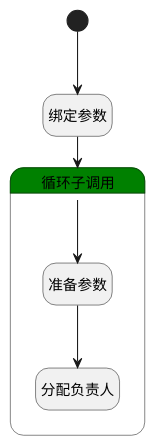
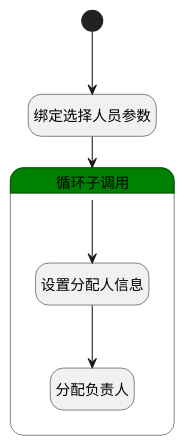
One commit to iBizLab/plm changed the diagram in doc/docsify/module/ProjMgmt/work_item/logic/change_assignee.md. Above: the diagram before and after it, drawn with PlantUML. The commit also changed other lines of this file and 1778 other files, not shown here.

````diff
--- a/doc/docsify/module/ProjMgmt/work_item/logic/change_assignee.md
+++ b/doc/docsify/module/ProjMgmt/work_item/logic/change_assignee.md
@@ -7,26 +7,26 @@
 ```plantuml
 @startuml
 hide empty description
 <style>
 root {
   HyperlinkColor #42b983
 }
 </style>
 
 hide empty description
 state "开始" as Begin <<start>> [[$./change_assignee#begin {"开始"}]]
-state "绑定参数" as BINDPARAM1  [[$./change_assignee#bindparam1 {"绑定参数"}]]
+state "绑定选择人员参数" as BINDPARAM1  [[$./change_assignee#bindparam1 {"绑定选择人员参数"}]]
 state "循环子调用" as LOOPSUBCALL1  [[$./change_assignee#loopsubcall1 {"循环子调用"}]] #green {
-state "准备参数" as PREPAREPARAM2  [[$./change_assignee#prepareparam2 {"准备参数"}]]
+state "设置分配人信息" as PREPAREPARAM2  [[$./change_assignee#prepareparam2 {"设置分配人信息"}]]
 state "分配负责人" as DEACTION1  [[$./change_assignee#deaction1 {"分配负责人"}]]
 }
 
 
 Begin --> BINDPARAM1
 BINDPARAM1 --> LOOPSUBCALL1
 LOOPSUBCALL1 --> PREPAREPARAM2
 PREPAREPARAM2 --> DEACTION1
 
 
 @enduml
 ```
````
